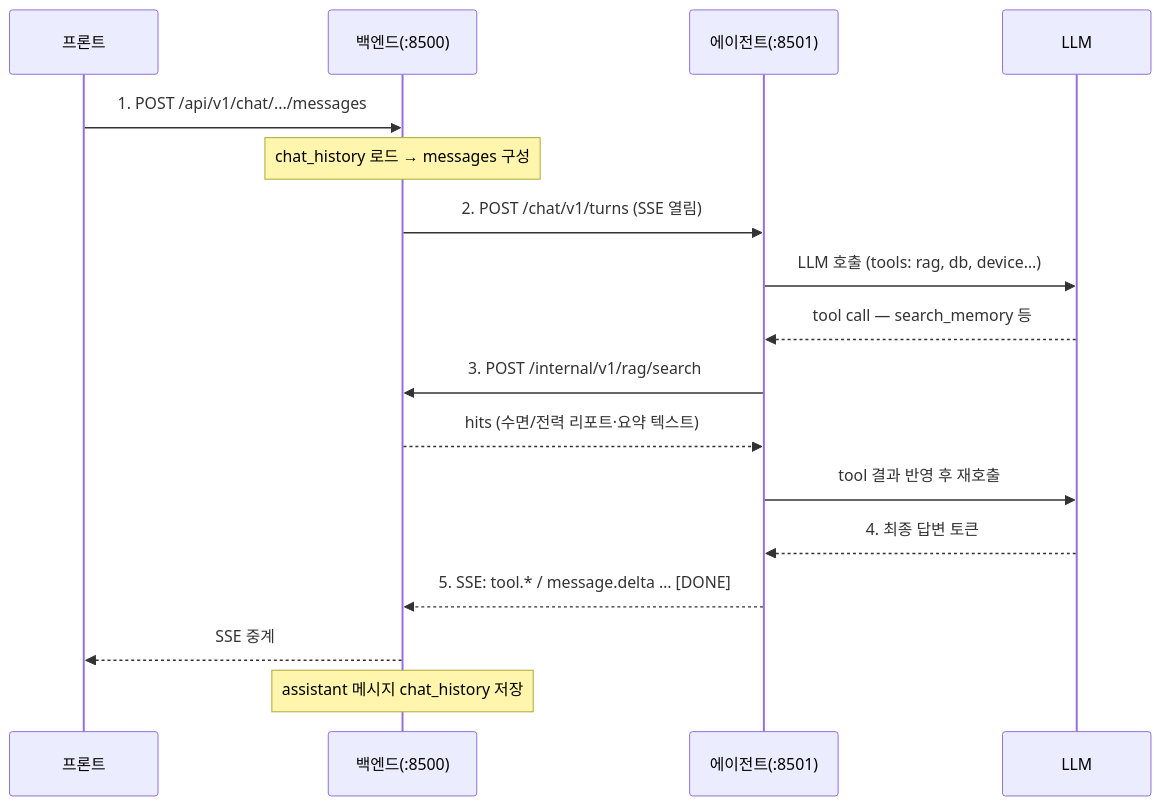
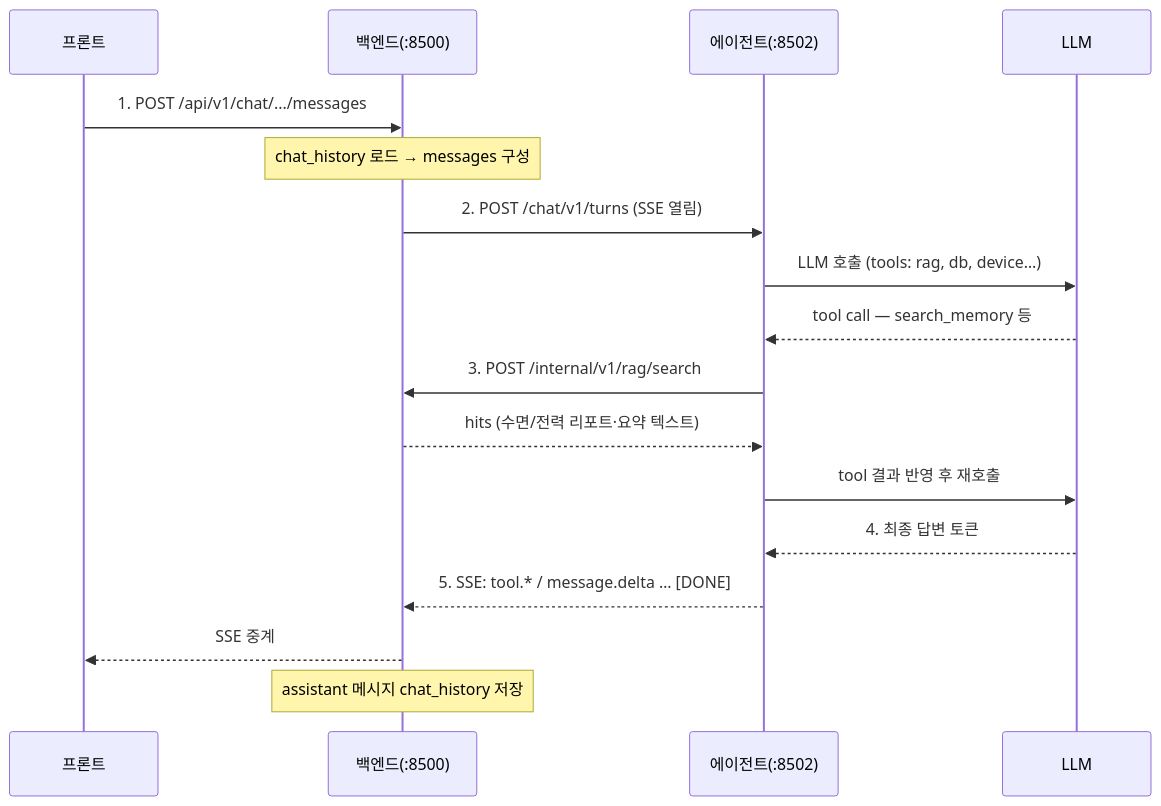
One commit to sogang-radai/wave-home2 changed the diagram in docs/agent-api/chat-api.md. Above: the diagram before and after it, drawn with Mermaid. The commit also changed other lines of this file and 110 other files, not shown here.

````diff
--- a/docs/agent-api/chat-api.md
+++ b/docs/agent-api/chat-api.md
@@ -27,20 +27,20 @@
 ```mermaid
 sequenceDiagram
     participant F as 프론트
     participant B as 백엔드(:8500)
-    participant A as 에이전트(:8501)
+    participant A as 에이전트(:8502)
     participant P as LLM
 
     F->>B: 1. POST /api/v1/chat/.../messages
     Note over B: chat_history 로드 → messages 구성
     B->>A: 2. POST /chat/v1/turns (SSE 열림)
     A->>P: LLM 호출 (tools: rag, db, device…)
     P-->>A: tool call — search_memory 등
     A->>B: 3. POST /internal/v1/rag/search
     B-->>A: hits (수면/전력 리포트·요약 텍스트)
     A->>P: tool 결과 반영 후 재호출
     P-->>A: 4. 최종 답변 토큰
     A-->>B: 5. SSE: tool.* / message.delta … [DONE]
     B-->>F: SSE 중계
     Note over B: assistant 메시지 chat_history 저장
 ```
````
